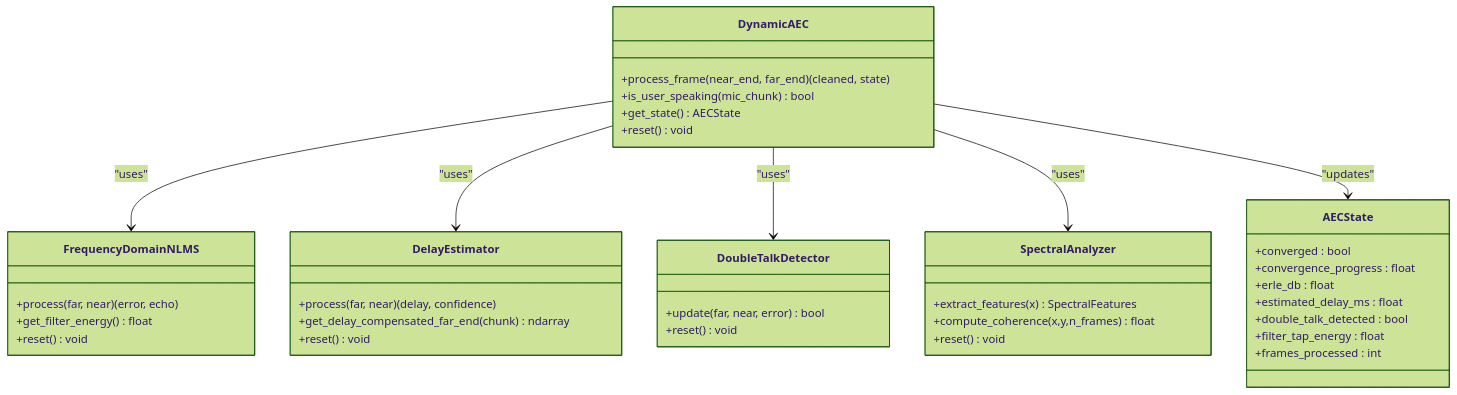
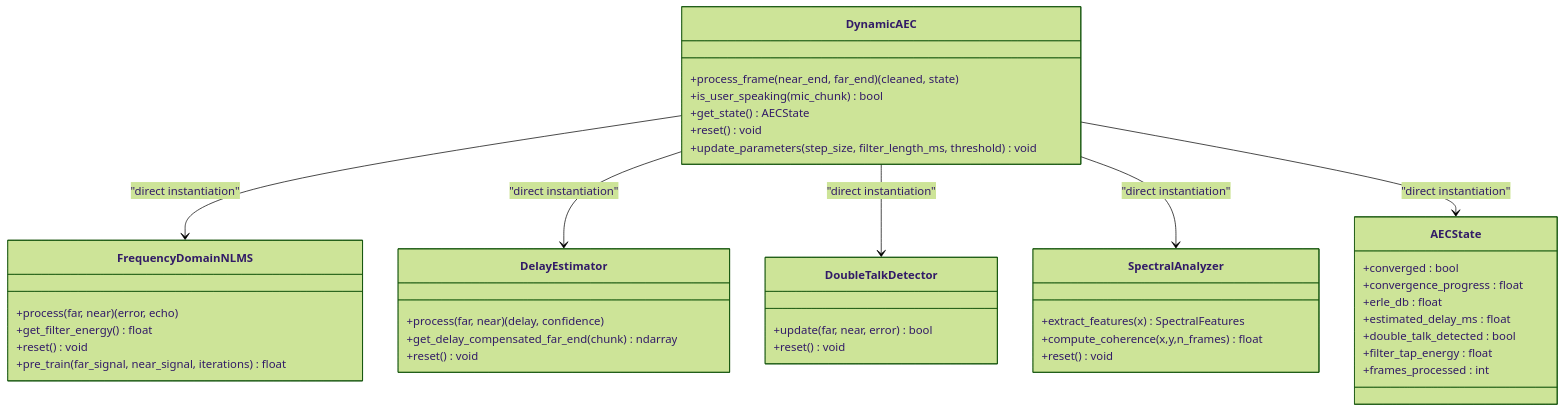
One commit to Moeabdelaziz007/Aether-Voice-OS changed the sixth of 12 diagrams in .qoder/repowiki/en/content/Audio Processing System/Audio Processing System.md. Above: the diagram before and after it, drawn with Mermaid (forest theme). The commit also changed other lines of this file and 29 other files, not shown here.

````diff
--- a/.qoder/repowiki/en/content/Audio Processing System/Audio Processing System.md
+++ b/.qoder/repowiki/en/content/Audio Processing System/Audio Processing System.md
@@ -207,42 +356,44 @@
 ```mermaid
 classDiagram
 class DynamicAEC {
 +process_frame(near_end, far_end) (cleaned, state)
 +is_user_speaking(mic_chunk) bool
 +get_state() AECState
 +reset() void
++update_parameters(step_size, filter_length_ms, threshold) void
 }
 class FrequencyDomainNLMS {
 +process(far, near) (error, echo)
 +get_filter_energy() float
 +reset() void
++pre_train(far_signal, near_signal, iterations) float
 }
 class DelayEstimator {
 +process(far, near) (delay, confidence)
 +get_delay_compensated_far_end(chunk) ndarray
 +reset() void
 }
 class DoubleTalkDetector {
 +update(far, near, error) bool
 +reset() void
 }
 class SpectralAnalyzer {
 +extract_features(x) SpectralFeatures
 +compute_coherence(x,y,n_frames) float
 +reset() void
 }
 class AECState {
 +converged : bool
 +convergence_progress : float
 +erle_db : float
 +estimated_delay_ms : float
 +double_talk_detected : bool
 +filter_tap_energy : float
 +frames_processed : int
 }
-DynamicAEC --> FrequencyDomainNLMS : "uses"
-DynamicAEC --> DelayEstimator : "uses"
-DynamicAEC --> DoubleTalkDetector : "uses"
-DynamicAEC --> SpectralAnalyzer : "uses"
-DynamicAEC --> AECState : "updates"
+DynamicAEC --> FrequencyDomainNLMS : "direct instantiation"
+DynamicAEC --> DelayEstimator : "direct instantiation"
+DynamicAEC --> DoubleTalkDetector : "direct instantiation"
+DynamicAEC --> SpectralAnalyzer : "direct instantiation"
+DynamicAEC --> AECState : "direct instantiation"
 ```
````
